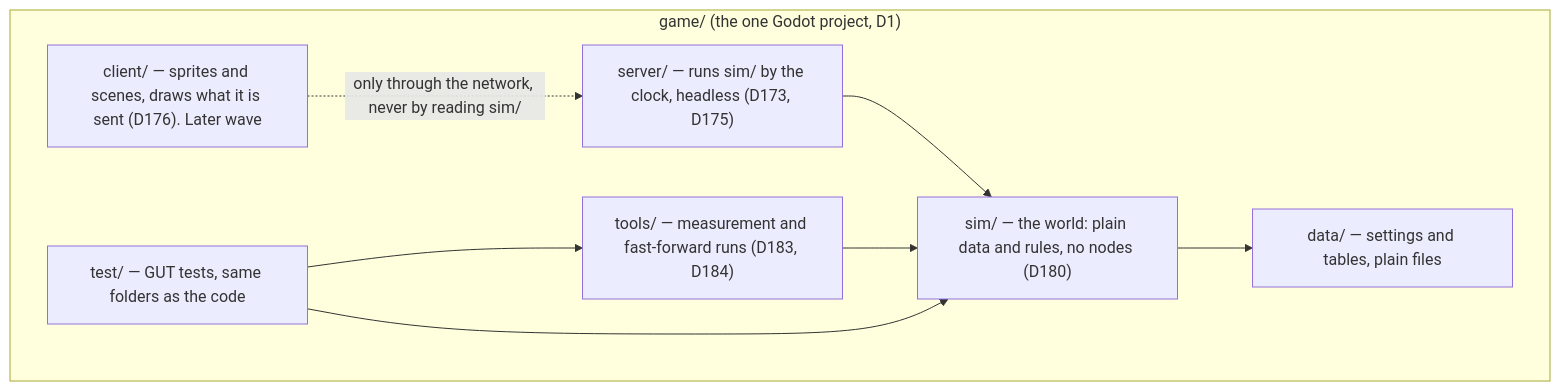
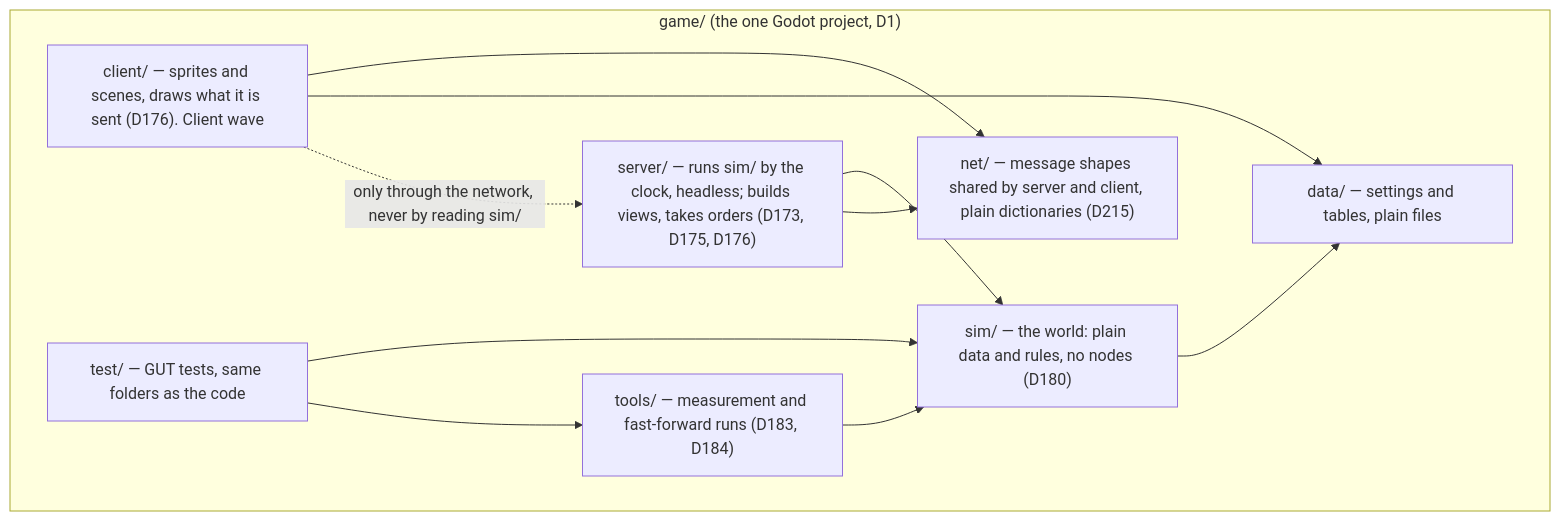
Before and after one commit to michael-leblanc/renown: the diagram in docs/architecture/layout.md, drawn with Mermaid. The commit also changed other lines of this file and 4 other files, not shown here.

First line of the commit message:
plan: client wave as 13 tasks, D210 to D216; wave 1 marked done

````diff
--- a/docs/architecture/layout.md
+++ b/docs/architecture/layout.md
@@ -6,17 +6,21 @@
 ```mermaid
 flowchart TD
   subgraph game["game/ (the one Godot project, D1)"]
     data["data/ — settings and tables, plain files"]
     sim["sim/ — the world: plain data and rules, no nodes (D180)"]
-    server["server/ — runs sim/ by the clock, headless (D173, D175)"]
+    net["net/ — message shapes shared by server and client, plain dictionaries (D215)"]
+    server["server/ — runs sim/ by the clock, headless; builds views, takes orders (D173, D175, D176)"]
     tools["tools/ — measurement and fast-forward runs (D183, D184)"]
-    client["client/ — sprites and scenes, draws what it is sent (D176). Later wave"]
+    client["client/ — sprites and scenes, draws what it is sent (D176). Client wave"]
     test["test/ — GUT tests, same folders as the code"]
   end
   sim --> data
   server --> sim
+  server --> net
+  client --> net
+  client --> data
   tools --> sim
   client -. "only through the network, never by reading sim/" .-> server
   test --> sim
   test --> tools
 ```
````
